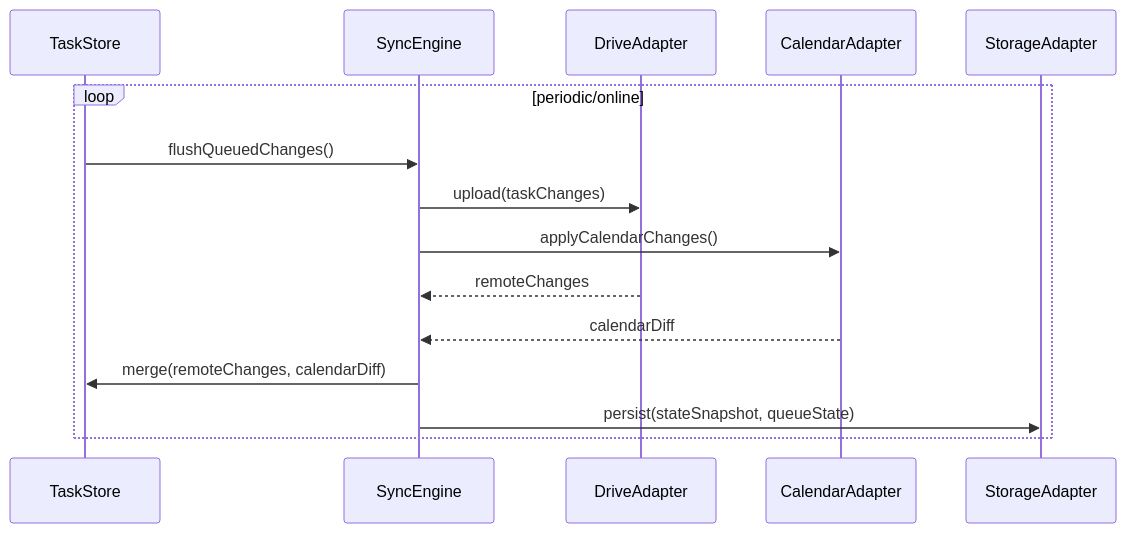
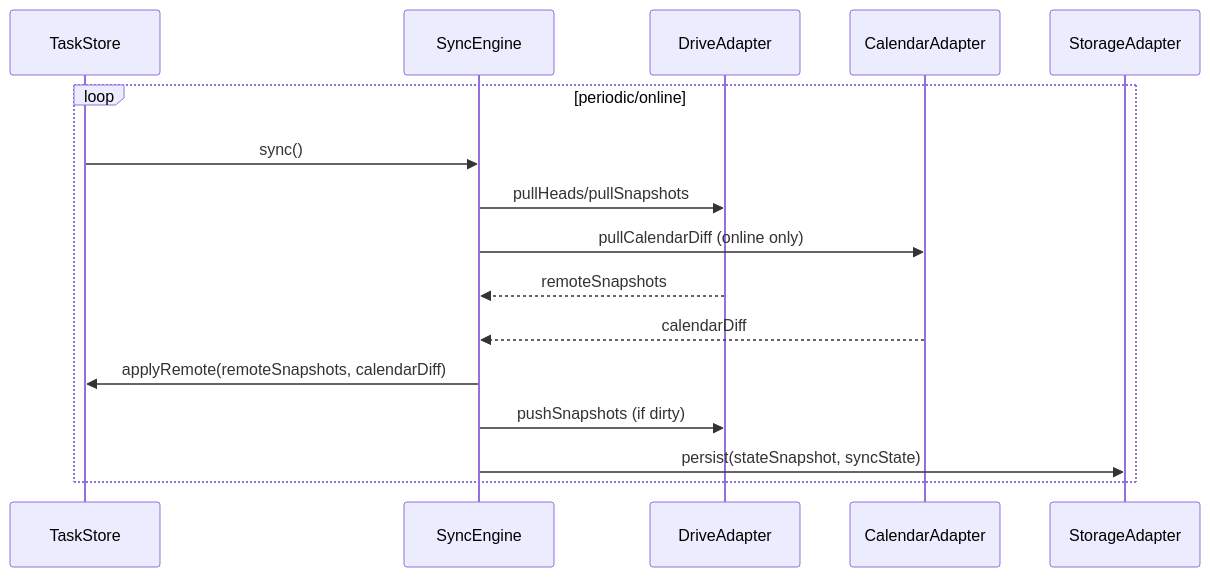
One commit to taturou/study_kanban changed the third of 4 diagrams in .kiro/specs/learning-plan-kanban/design.md. Above: the diagram before and after it, drawn with Mermaid. The commit also changed other lines of this file and 1 other file, not shown here.

````diff
--- a/.kiro/specs/learning-plan-kanban/design.md
+++ b/.kiro/specs/learning-plan-kanban/design.md
@@ -134,17 +134,18 @@
 ```mermaid
 sequenceDiagram
   participant TS as TaskStore
   participant SE as SyncEngine
   participant DA as DriveAdapter
   participant CA as CalendarAdapter
   participant IDB as StorageAdapter
   loop periodic/online
-    TS->>SE: flushQueuedChanges()
-    SE->>DA: upload(taskChanges)
-    SE->>CA: applyCalendarChanges()
-    DA-->>SE: remoteChanges
+    TS->>SE: sync()
+    SE->>DA: pullHeads/pullSnapshots
+    SE->>CA: pullCalendarDiff (online only)
+    DA-->>SE: remoteSnapshots
     CA-->>SE: calendarDiff
-    SE->>TS: merge(remoteChanges, calendarDiff)
-    SE->>IDB: persist(stateSnapshot, queueState)
+    SE->>TS: applyRemote(remoteSnapshots, calendarDiff)
+    SE->>DA: pushSnapshots (if dirty)
+    SE->>IDB: persist(stateSnapshot, syncState)
   end
 ```
````
